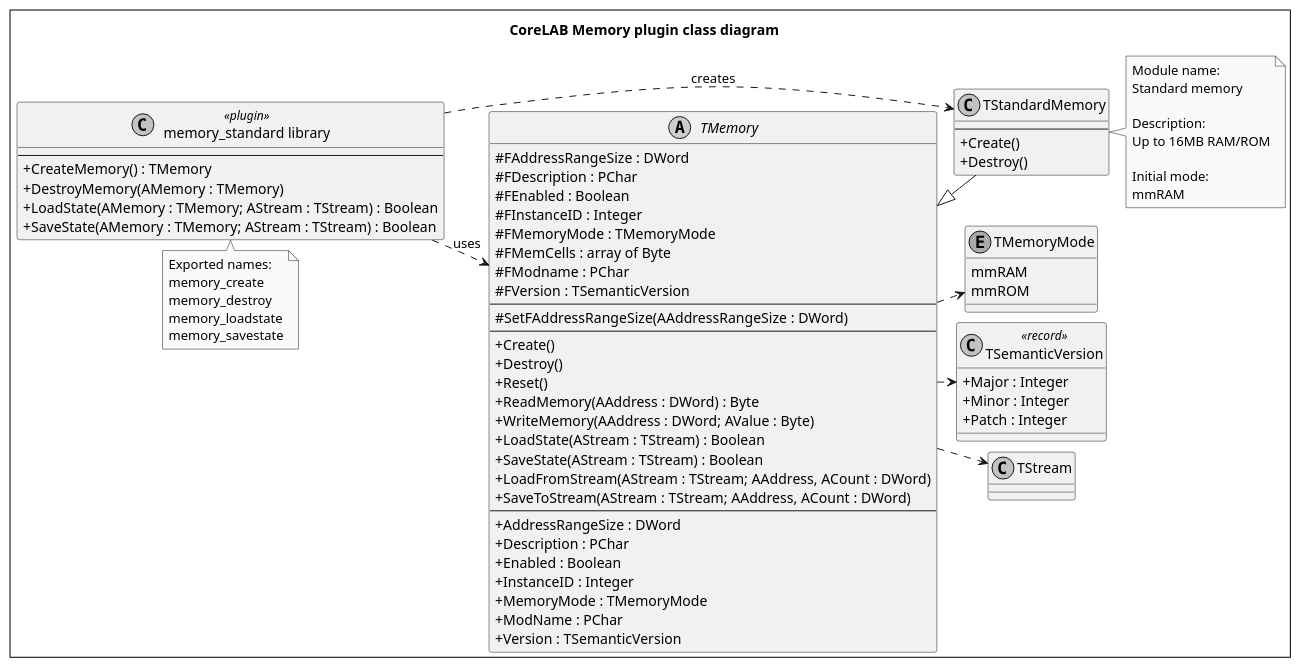
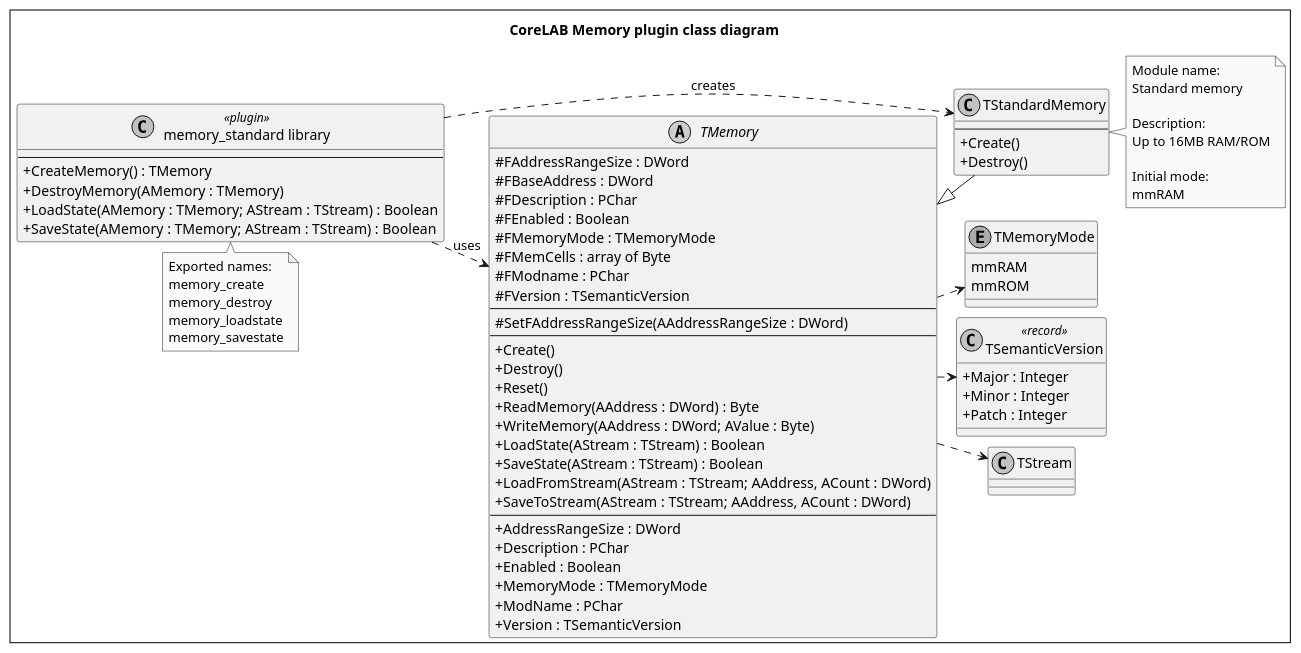
One commit to pozsarzs/corelab changed the diagram in document/code/diagrams/source/class_memory.puml. Above: the diagram before and after it, drawn with PlantUML. The commit also changed 45 other files, not shown here.

```diff
--- a/document/code/diagrams/source/class_memory.puml
+++ b/document/code/diagrams/source/class_memory.puml
@@ -1,100 +1,99 @@
 @startuml
 
 title CoreLAB Memory plugin class diagram
 
 skinparam classAttributeIconSize 0
 skinparam diagramBorderColor black
 skinparam diagramBorderThickness 1
 'skinparam linetype ortho
 skinparam nodesep 10
 skinparam packageStyle rectangle
 skinparam ranksep 10
 skinparam shadowing false
 skinparam monochrome true
 left to right direction
 
 abstract class TMemory {
   # FAddressRangeSize : DWord
+  # FBaseAddress : DWord
   # FDescription : PChar
   # FEnabled : Boolean
-  # FInstanceID : Integer
   # FMemoryMode : TMemoryMode
   # FMemCells : array of Byte
   # FModname : PChar
   # FVersion : TSemanticVersion
   --
   # SetFAddressRangeSize(AAddressRangeSize : DWord)
   --
   + Create()
   + Destroy()
   + Reset()
   + ReadMemory(AAddress : DWord) : Byte
   + WriteMemory(AAddress : DWord; AValue : Byte)
   + LoadState(AStream : TStream) : Boolean
   + SaveState(AStream : TStream) : Boolean
   + LoadFromStream(AStream : TStream; AAddress, ACount : DWord)
   + SaveToStream(AStream : TStream; AAddress, ACount : DWord)
   --
   + AddressRangeSize : DWord
   + Description : PChar
   + Enabled : Boolean
-  + InstanceID : Integer
   + MemoryMode : TMemoryMode
   + ModName : PChar
   + Version : TSemanticVersion
 }
 
 class TStandardMemory {
   --
   + Create()
   + Destroy()
 }
 
 enum TMemoryMode {
   mmRAM
   mmROM
 }
 
 class TSemanticVersion <<record>> {
   + Major : Integer
   + Minor : Integer
   + Patch : Integer
 }
 
 TMemory <|-- TStandardMemory
 
 TMemory ..> TMemoryMode
 TMemory ..> TSemanticVersion
 TMemory ..> TStream
 
 class "memory_standard library" as MemoryStandard <<plugin>> {
   --
   + CreateMemory() : TMemory
   + DestroyMemory(AMemory : TMemory)
   + LoadState(AMemory : TMemory; AStream : TStream) : Boolean
   + SaveState(AMemory : TMemory; AStream : TStream) : Boolean
 }
 
 MemoryStandard ..> TStandardMemory : creates
 MemoryStandard ..> TMemory : uses
 
 note right of TStandardMemory
 Module name:
 Standard memory
 
 Description:
 Up to 16MB RAM/ROM
 
 Initial mode:
 mmRAM
 end note
 
 note bottom of MemoryStandard
 Exported names:
 memory_create
 memory_destroy
 memory_loadstate
 memory_savestate
 end note
 
 @enduml
```
